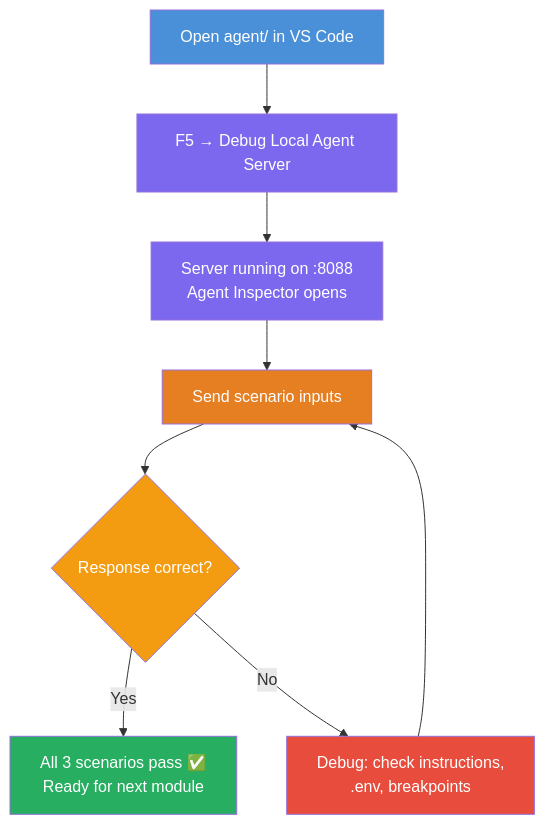
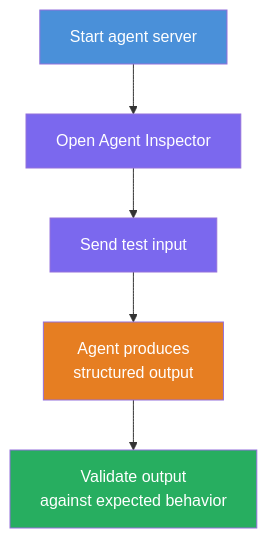
The diagram in workshop/lab01-single-agent/docs/04-test-locally.md (MinHeinA/Foundry_Toolkit_for_VSCode_Lab), drawn with Mermaid before and after one commit. The commit also changed other lines of this file and 8 other files, not shown here.

Commit message:
docs(lab01): refine module guidance and local test flow

````diff
--- a/workshop/lab01-single-agent/docs/04-test-locally.md
+++ b/workshop/lab01-single-agent/docs/04-test-locally.md
@@ -9,21 +9,14 @@
 ```mermaid
 flowchart TD
-    A["Open agent/ in VS Code"] --> B["F5 → Debug Local Agent Server"]
-    B --> C["Server running on :8088
-    Agent Inspector opens"]
-    C --> D["Send scenario inputs"]
-    D --> E{"Response correct?"}
-    E -->|Yes| F["All 3 scenarios pass ✅
-    Ready for next module"]
-    E -->|No| G["Debug: check instructions,
-    .env, breakpoints"]
-    G --> D
-
+    A["Start agent server"] --> B["Open Agent Inspector"]
+    B --> C["Send test input"]
+    C --> D["Agent produces 
+    structured output"]
+    D --> E["Validate output 
+    against expected behavior"]
     style A fill:#4A90D9,color:#fff
     style B fill:#7B68EE,color:#fff
     style C fill:#7B68EE,color:#fff
     style D fill:#E67E22,color:#fff
-    style E fill:#F39C12,color:#fff
-    style F fill:#27AE60,color:#fff
-    style G fill:#E74C3C,color:#fff
+    style E fill:#27AE60,color:#fff
 ```
````
